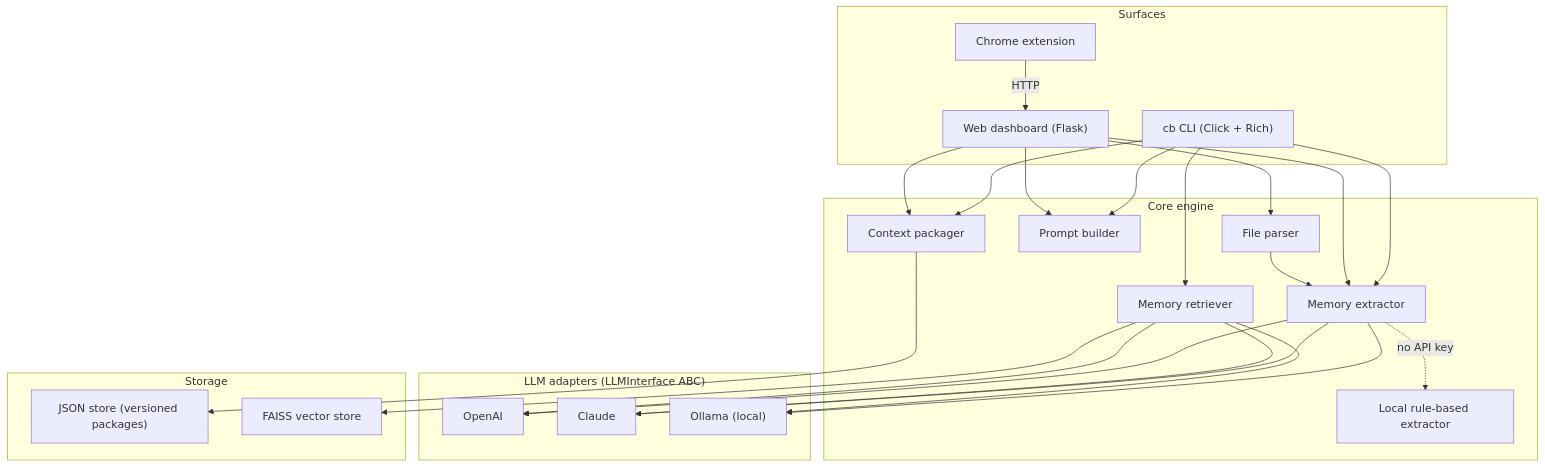
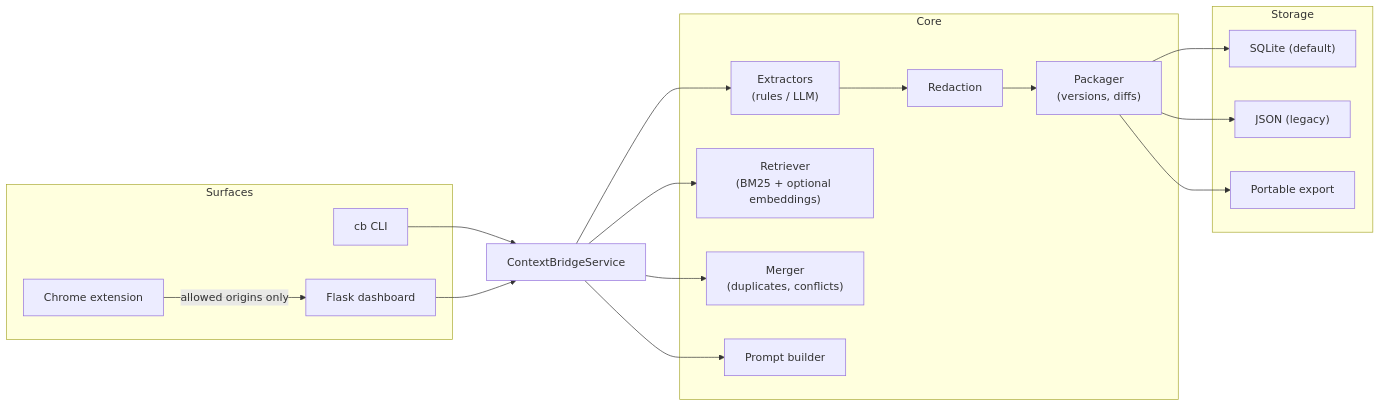
Before and after one commit to TirthPatel6104/ContextBridge: the diagram in README.md, drawn with Mermaid. The commit also changed other lines of this file and 7 other files, not shown here.

First line of the commit message:
Docs and CI for 0.2.0: README, architecture, privacy, evaluation, changelog

````diff
--- a/README.md
+++ b/README.md
@@ -50,38 +97,31 @@
 ```mermaid
-graph TB
+graph LR
     subgraph Surfaces
-        CLI["cb CLI (Click + Rich)"]
-        WEB["Web dashboard (Flask)"]
+        CLI["cb CLI"]
+        WEB["Flask dashboard"]
         EXT["Chrome extension"]
     end
-
-    subgraph Core["Core engine"]
-        ME["Memory extractor"]
-        LE["Local rule-based extractor"]
-        FP["File parser"]
+    SVC["ContextBridgeService"]
+    subgraph Core
+        EXTR["Extractors<br/>(rules / LLM)"]
+        RED["Redaction"]
+        PKG["Packager<br/>(versions, diffs)"]
+        RET["Retriever<br/>(BM25 + optional embeddings)"]
+        MRG["Merger<br/>(duplicates, conflicts)"]
         PB["Prompt builder"]
-        MR["Memory retriever"]
-        CP["Context packager"]
     end
-
-    subgraph Adapters["LLM adapters (LLMInterface ABC)"]
-        OA["OpenAI"]
-        CA["Claude"]
-        LA["Ollama (local)"]
+    subgraph Storage
+        SQL["SQLite (default)"]
+        JSON["JSON (legacy)"]
+        PORT["Portable export"]
     end
-
-    subgraph Storage
-        JS["JSON store (versioned packages)"]
-        VS["FAISS vector store"]
-    end
-
-    EXT -->|HTTP| WEB
-    CLI --> ME & MR & PB & CP
-    WEB --> FP & ME & PB & CP
-    FP --> ME
-    ME --> OA & CA & LA
-    ME -.->|no API key| LE
-    MR --> VS
-    MR --> OA & CA & LA
-    CP --> JS
+    EXT -->|allowed origins only| WEB
+    CLI --> SVC
+    WEB --> SVC
+    SVC --> EXTR --> RED --> PKG --> SQL
+    SVC --> RET
+    SVC --> MRG
+    SVC --> PB
+    PKG --> JSON
+    PKG --> PORT
 ```
````
